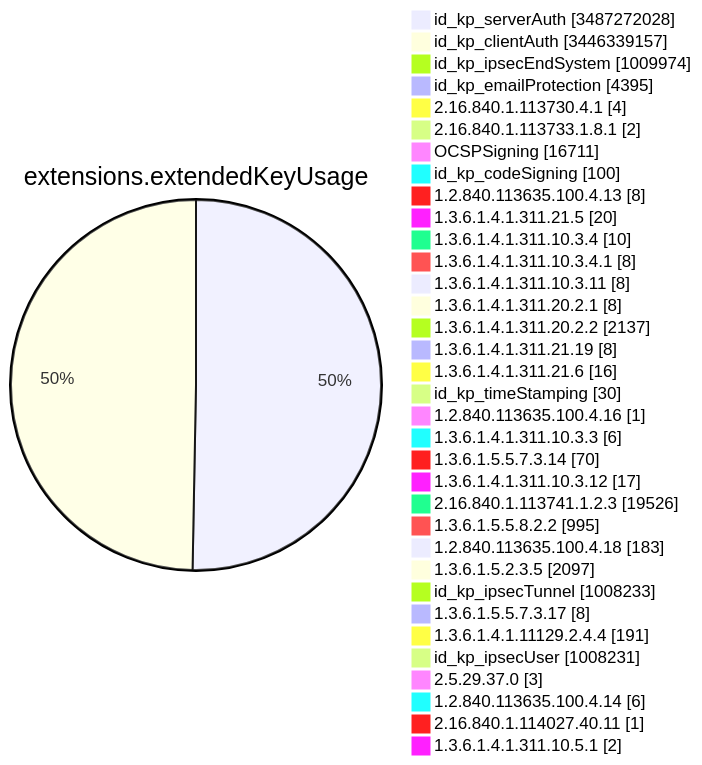
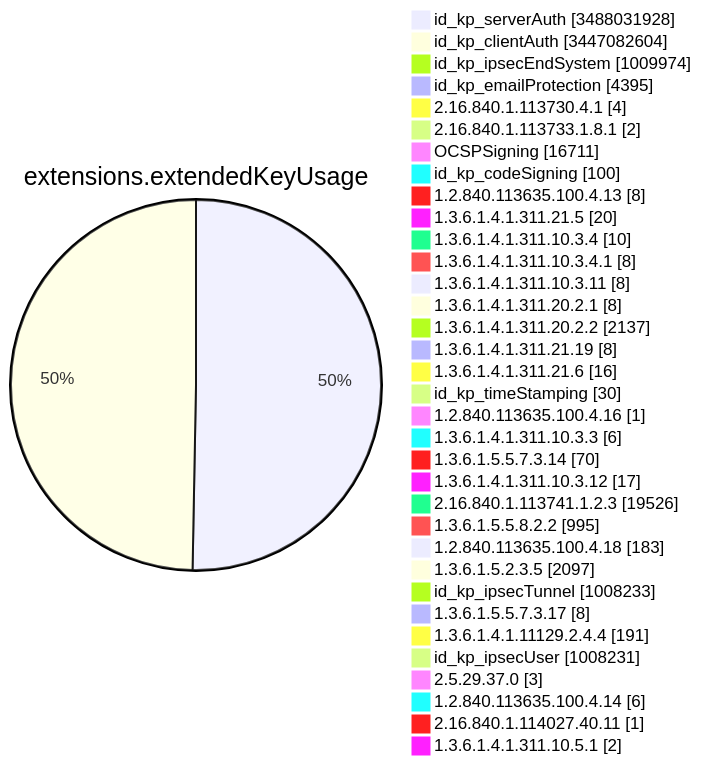
One commit to christiankrug/ctmonitor_visualization changed diagram 11 of 15 in TOTAL/README.md. Above: the diagram before and after it, drawn with Mermaid. The commit also changed other lines of this file, not shown here.

````diff
--- a/TOTAL/README.md
+++ b/TOTAL/README.md
@@ -4124,38 +4124,38 @@
 ```mermaid
 pie showData
 title extensions.extendedKeyUsage
-"id_kp_serverAuth" :3487272028
-"id_kp_clientAuth" :3446339157
+"id_kp_serverAuth" :3488031928
+"id_kp_clientAuth" :3447082604
 "id_kp_ipsecEndSystem" :1009974
 "id_kp_emailProtection" :4395
 "2.16.840.1.113730.4.1" :4
 "2.16.840.1.113733.1.8.1" :2
 "OCSPSigning" :16711
 "id_kp_codeSigning" :100
 "1.2.840.113635.100.4.13" :8
 "1.3.6.1.4.1.311.21.5" :20
 "1.3.6.1.4.1.311.10.3.4" :10
 "1.3.6.1.4.1.311.10.3.4.1" :8
 "1.3.6.1.4.1.311.10.3.11" :8
 "1.3.6.1.4.1.311.20.2.1" :8
 "1.3.6.1.4.1.311.20.2.2" :2137
 "1.3.6.1.4.1.311.21.19" :8
 "1.3.6.1.4.1.311.21.6" :16
 "id_kp_timeStamping" :30
 "1.2.840.113635.100.4.16" :1
 "1.3.6.1.4.1.311.10.3.3" :6
 "1.3.6.1.5.5.7.3.14" :70
 "1.3.6.1.4.1.311.10.3.12" :17
 "2.16.840.1.113741.1.2.3" :19526
 "1.3.6.1.5.5.8.2.2" :995
 "1.2.840.113635.100.4.18" :183
 "1.3.6.1.5.2.3.5" :2097
 "id_kp_ipsecTunnel" :1008233
 "1.3.6.1.5.5.7.3.17" :8
 "1.3.6.1.4.1.11129.2.4.4" :191
 "id_kp_ipsecUser" :1008231
 "2.5.29.37.0" :3
 "1.2.840.113635.100.4.14" :6
 "2.16.840.1.114027.40.11" :1
 "1.3.6.1.4.1.311.10.5.1" :2
 ```
````
